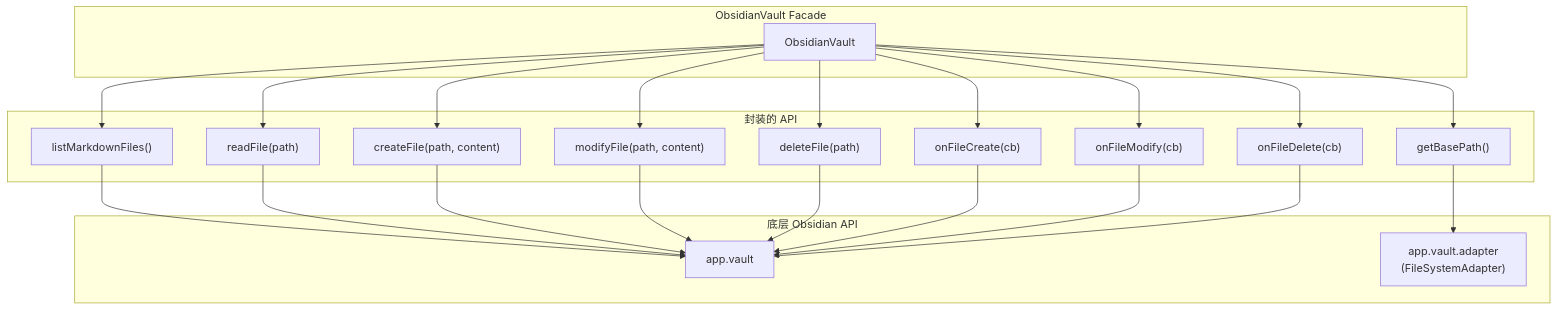
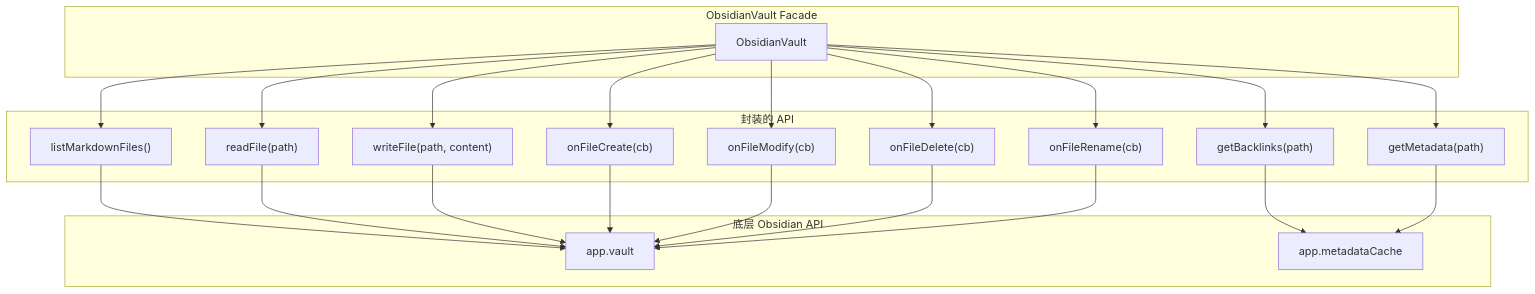
One commit to golddream-y/obsidian-ratel changed the first of 3 diagrams in docs/architecture/host/obsidian-integration.md. Above: the diagram before and after it, drawn with Mermaid. The commit also changed other lines of this file and 1 other file, not shown here.

Commit message:
docs(host): 对齐 persistence.md / obsidian-integration.md 与代码现实
obsidian-integration.md:
- §3 Facade 图修正为实际方法(writeFile/getBacklinks/getMetadata/onFileRename)
- §6 命令注册更新为 ask-vault + index-status(非 ratel:open-chat/reindex/toggle-index)
- §8 S-RAG-LOOP 状态更新为已实现

persistence.md:
- §3 目录结构移除 sessions/(会话存于 data.json 内)
- §4 data.json 结构对齐实际 RatelVaultSettings 字段 + PersistenceJson 仓库层
- §5 .gitignore 修正为 .index/ + cache/(非 index/ + sessions/ + *.tmp)
- §6 数据迁移如实描述浅合并策略(非版本号迁移)

````diff
--- a/docs/architecture/host/obsidian-integration.md
+++ b/docs/architecture/host/obsidian-integration.md
@@ -50,43 +50,43 @@
 ```mermaid
 graph TB
     subgraph "ObsidianVault Facade"
         OV["ObsidianVault"]
     end
 
     subgraph "封装的 API"
         V1["listMarkdownFiles()"]
         V2["readFile(path)"]
-        V3["createFile(path, content)"]
-        V4["modifyFile(path, content)"]
-        V5["deleteFile(path)"]
+        V3["writeFile(path, content)"]
+        V4["getBacklinks(path)"]
+        V5["getMetadata(path)"]
         V6["onFileCreate(cb)"]
         V7["onFileModify(cb)"]
         V8["onFileDelete(cb)"]
-        V9["getBasePath()"]
+        V9["onFileRename(cb)"]
     end
 
     subgraph "底层 Obsidian API"
         AV["app.vault"]
-        AA["app.vault.adapter<br/>(FileSystemAdapter)"]
+        MC["app.metadataCache"]
     end
 
     OV --> V1
     OV --> V2
     OV --> V3
     OV --> V4
     OV --> V5
     OV --> V6
     OV --> V7
     OV --> V8
     OV --> V9
 
     V1 --> AV
     V2 --> AV
     V3 --> AV
-    V4 --> AV
-    V5 --> AV
+    V4 --> MC
+    V5 --> MC
     V6 --> AV
     V7 --> AV
     V8 --> AV
-    V9 --> AA
+    V9 --> AV
 ```
````
